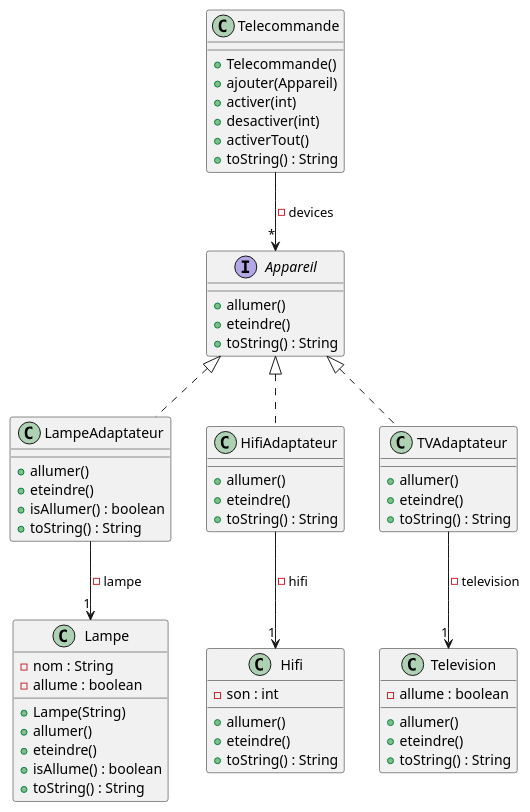
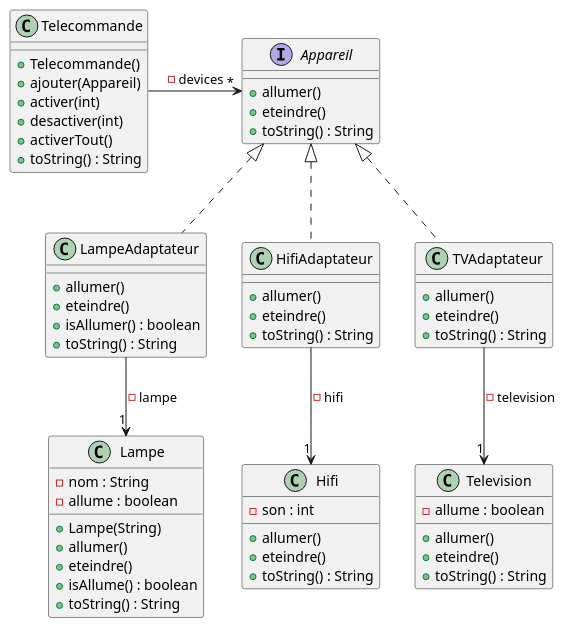
Before and after one commit to Hugo-COLLIN/BUT_S2_COO_domotique: the diagram in TD7/ressource/diagramClasse.puml, drawn with PlantUML.

Commit message:
Essai de mise en forme plantuml

```diff
--- a/TD7/ressource/diagramClasse.puml
+++ b/TD7/ressource/diagramClasse.puml
@@ -1,72 +1,74 @@
 @startuml
 
 class Lampe {
     - nom : String
     - allume : boolean
     + Lampe(String)
     + allumer()
     + eteindre()
     + isAllume() : boolean
     + toString() : String
 }
 
 class Hifi {
     - son : int
     + allumer()
     + eteindre()
     + toString() : String
 }
 
 class Telecommande {
     + Telecommande()
     + ajouter(Appareil)
     + activer(int)
     + desactiver(int)
     + activerTout()
     + toString() : String
 }
 
 class Television {
     - allume : boolean
     + allumer()
     + eteindre()
     + toString() : String
 }
 
 interface Appareil{
     + allumer()
     + eteindre()
     + toString() : String
 }
 
 class LampeAdaptateur{
     + allumer()
     + eteindre()
     + isAllumer() : boolean
     + toString() : String
 }
 
 class HifiAdaptateur{
     + allumer()
     + eteindre()
     + toString() : String
 }
 
 class TVAdaptateur{
     + allumer()
     + eteindre()
     + toString() : String
 }
+Telecommande -right-> "*" Appareil : - devices
 
-Appareil <|.. LampeAdaptateur
-Appareil <|.. HifiAdaptateur
-Appareil <|.. TVAdaptateur
-
-LampeAdaptateur --> "1" Lampe :  - lampe
-HifiAdaptateur --> "1" Hifi : - hifi
-TVAdaptateur --> "1" Television : - television
+LampeAdaptateur .up.|> Appareil
+HifiAdaptateur .up.|> Appareil
+TVAdaptateur .up.|> Appareil
 
 
-Telecommande --> "*" Appareil : - devices
+LampeAdaptateur -down-> "1" Lampe :  - lampe
+HifiAdaptateur -down-> "1" Hifi : - hifi
+TVAdaptateur -down-> "1" Television : - television
+
+
+
 
 @enduml
```
